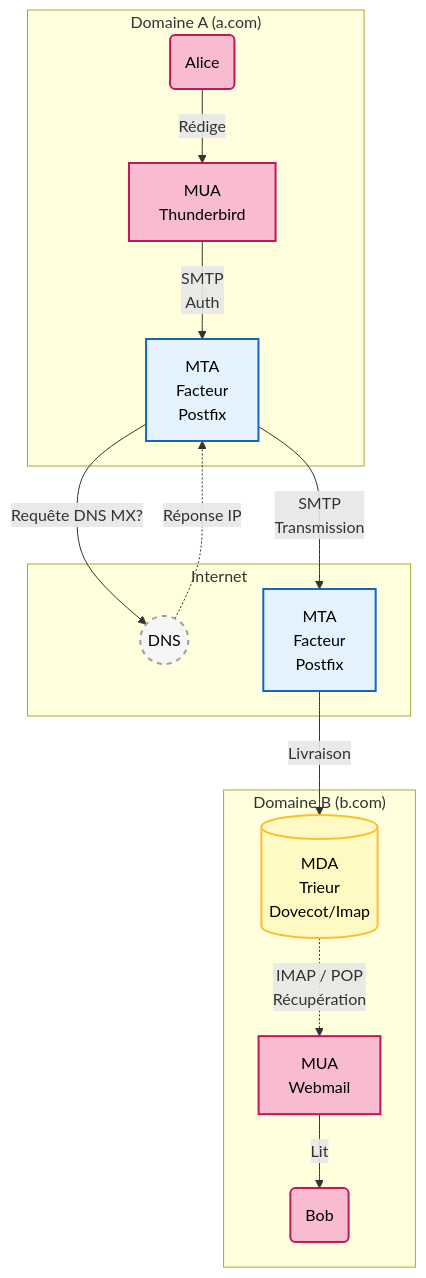
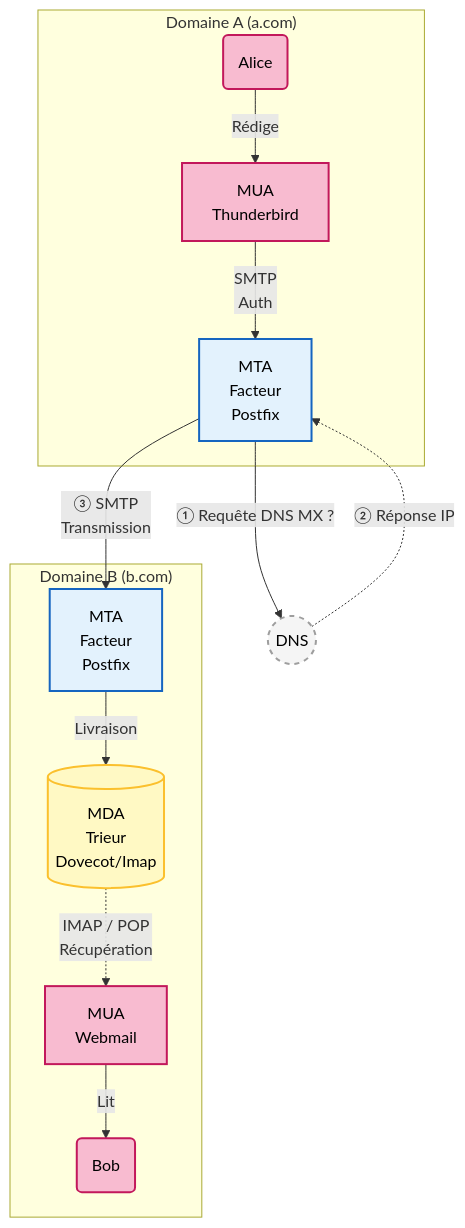
Before and after one commit to Yanal-Yves/blog: the third of 3 diagrams in content/antispoofing-e-mail/01-architecture-concepts.md, drawn with Mermaid. The commit also changed other lines of this file and 1 other file, not shown here.

First line of the commit message:
Article 1 : exemple de session SMTP + correction diagramme du voyage (#31)

````diff
--- a/content/antispoofing-e-mail/01-architecture-concepts.md
+++ b/content/antispoofing-e-mail/01-architecture-concepts.md
@@ -155,25 +155,25 @@
 ```mermaid
 graph TD
   %% --- Définition des Styles ---
   classDef client fill:#f8bbd0,stroke:#c2185b,stroke-width:2px,color:#000;
   classDef server fill:#e3f2fd,stroke:#1565c0,stroke-width:2px,color:#000;
   classDef storage fill:#fff9c4,stroke:#fbc02d,stroke-width:2px,color:#000;
   classDef internet fill:#f5f5f5,stroke:#9e9e9e,stroke-width:2px,stroke-dasharray: 5 5,color:#000;
   %% --- Domaine A (Expéditeur) ---
   subgraph "Domaine A (a.com)"
       Alice(Alice):::client -->|Rédige| MUA_A[MUA<br/>Thunderbird]:::client
       MUA_A -->|SMTP<br/>Auth| MTA_A[MTA<br/>Facteur<br/>Postfix]:::server
   end
-  %% --- Internet ---
-  subgraph "Internet"
-      MTA_A -->|Requête DNS MX?| DNS((DNS)):::internet
-      DNS -.->|Réponse IP| MTA_A
-      MTA_A -->|SMTP<br/>Transmission| MTA_B[MTA<br/>Facteur<br/>Postfix]:::server
-  end
+  %% --- DNS (dans Internet, requête annexe) ---
+  DNS((DNS)):::internet
   %% --- Domaine B (Destinataire) ---
   subgraph "Domaine B (b.com)"
-      MTA_B -->|Livraison| MDA_B[("MDA<br/>Trieur<br/>Dovecot/Imap")]:::storage
+      MTA_B[MTA<br/>Facteur<br/>Postfix]:::server -->|Livraison| MDA_B[("MDA<br/>Trieur<br/>Dovecot/Imap")]:::storage
       MDA_B -.->|IMAP / POP<br/>Récupération| MUA_B[MUA<br/>Webmail]:::client
       MUA_B -->|Lit| Bob(Bob):::client
-end
+  end
+  %% --- Liens inter-domaines (transitant par Internet) ---
+  MTA_A -->|① Requête DNS MX ?| DNS
+  DNS -.->|② Réponse IP| MTA_A
+  MTA_A -->|③ SMTP<br/>Transmission| MTA_B
 ```
````
